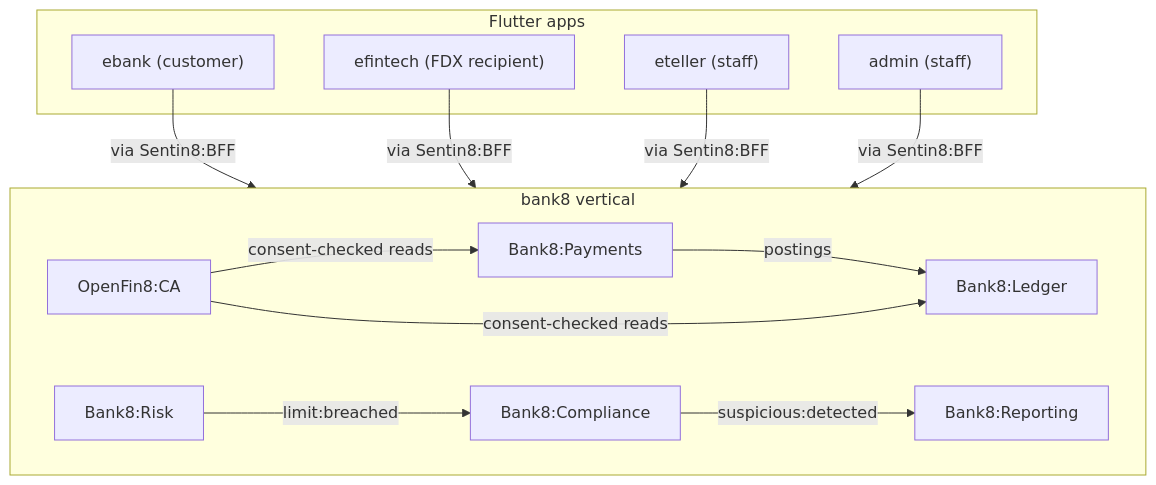
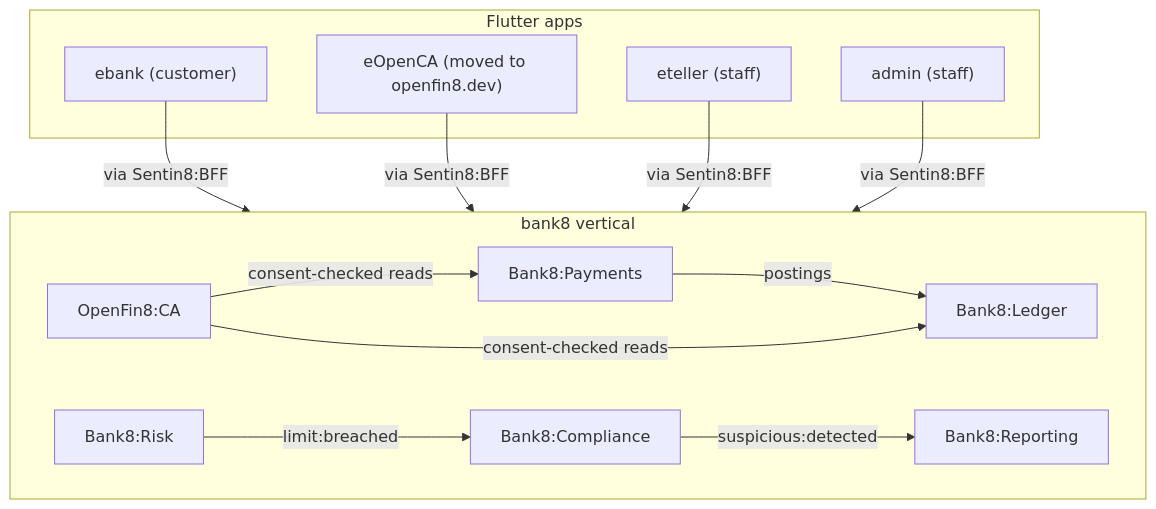
Before and after one commit to Bank8-dev/bank8-site: the diagram in docs/index.md, drawn with Mermaid. The commit also changed 6 other files, not shown here.

Commit message:
OBVERT-3: bank8-site drops efintech (the app lives on openfin8.dev) + engine 0.9.22

````diff
--- a/docs/index.md
+++ b/docs/index.md
@@ -14,22 +14,22 @@
 ```mermaid
 graph TD
     subgraph apps["Flutter apps"]
         EB["ebank (customer)"]
-        EF["efintech (FDX recipient)"]
+        EF["eOpenCA (moved to openfin8.dev)"]
         ET["eteller (staff)"]
         AD["admin (staff)"]
     end
     subgraph vertical["bank8 vertical"]
         LEDGER["Bank8:Ledger"]
         PAY["Bank8:Payments"]
         FDX["OpenFin8:CA"]
         RPT["Bank8:Reporting"]
         RSK["Bank8:Risk"]
         CMP["Bank8:Compliance"]
     end
     EB & EF & ET & AD -->|"via Sentin8:BFF"| vertical
     PAY -->|"postings"| LEDGER
     FDX -->|"consent-checked reads"| LEDGER & PAY
     CMP -->|"suspicious:detected"| RPT
     RSK -->|"limit:breached"| CMP
 ```
````
